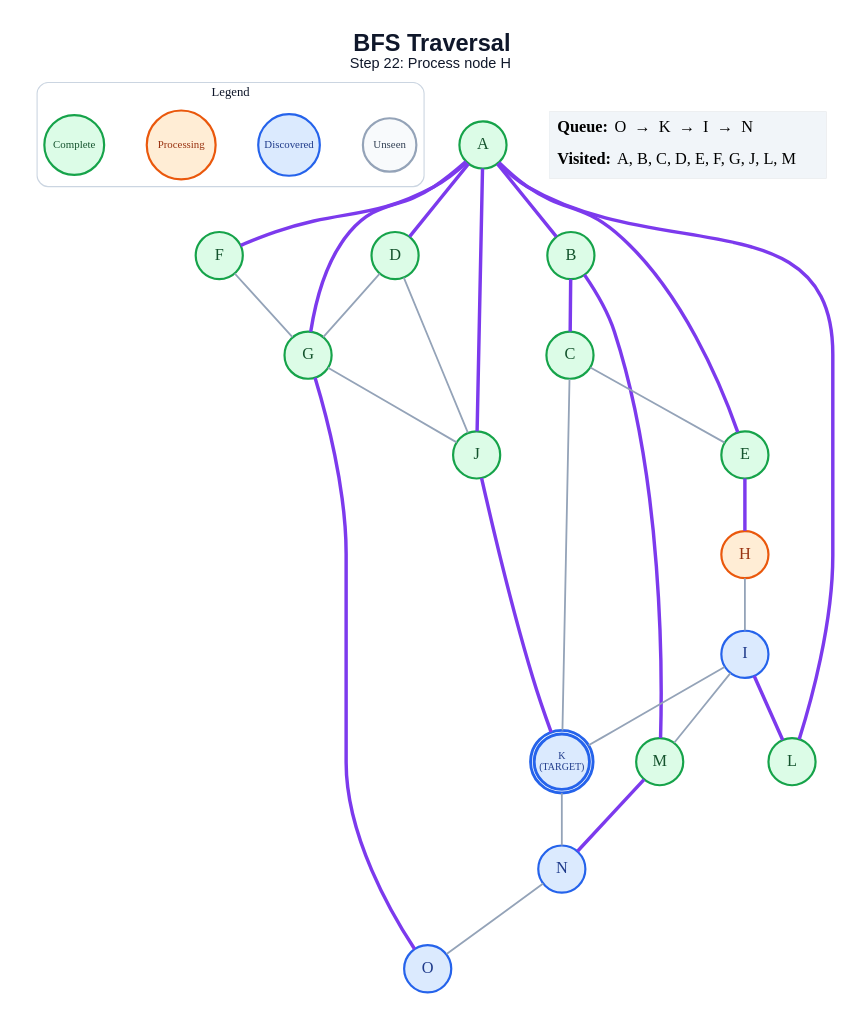
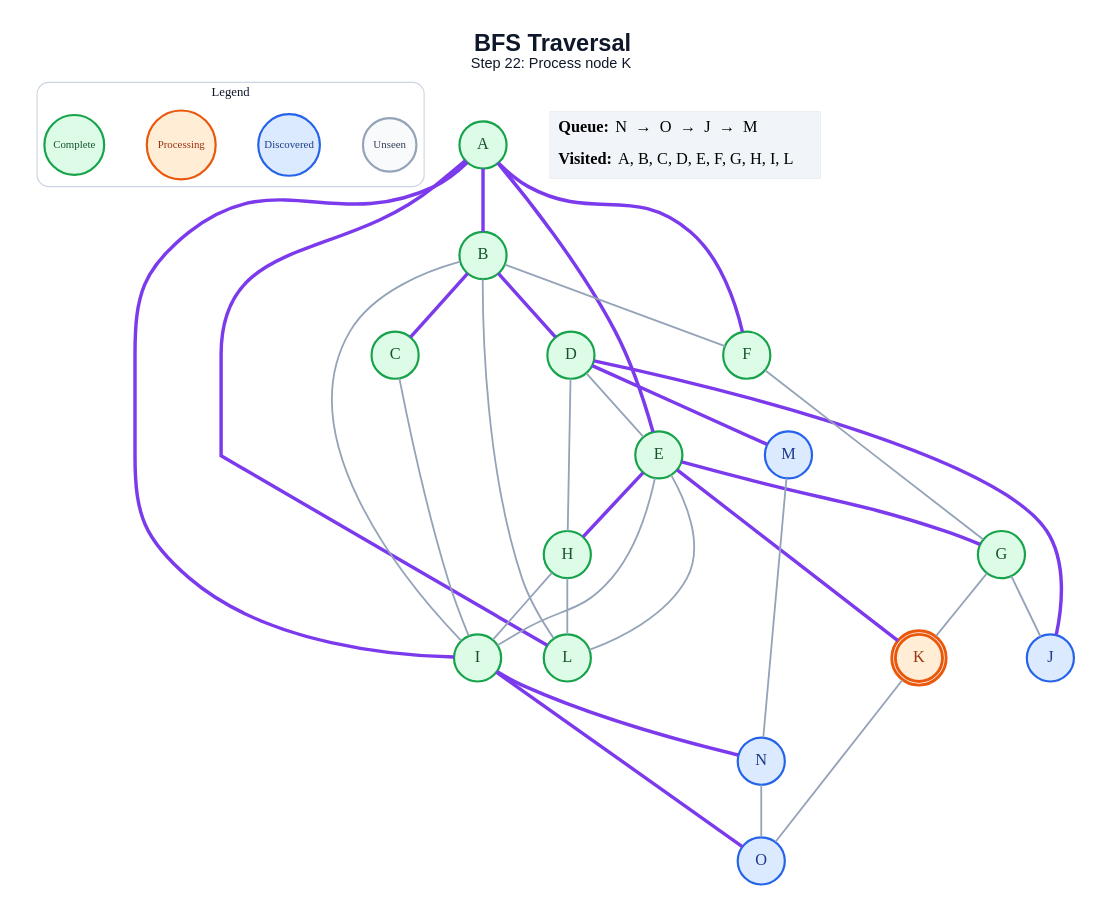
The diagram in generated/specific-node/bfs/step_22.dot (anon7238593-create/ai-slop), drawn with Graphviz before and after one commit. The commit also changed 263 other files, not shown here.

```diff
--- a/generated/specific-node/bfs/step_22.dot
+++ b/generated/specific-node/bfs/step_22.dot
@@ -1,59 +1,64 @@
 graph traversal {
   graph [layout=dot, rankdir=TB, bgcolor="#FFFFFF", pad="0.35", nodesep="0.65", ranksep="0.8", fontname="Arial"];
   node [shape=circle, style="filled", fontname="Arial Bold", fontsize=18, width=0.72, fixedsize=true, penwidth=2.4];
   edge [color="#94A3B8", penwidth=2.0];
-  label=<<B>BFS Traversal</B><BR/><FONT POINT-SIZE="16">Step 22: Process node H</FONT>>; labelloc="t"; fontsize=26; fontname="Arial"; fontcolor="#0F172A";
+  label=<<B>BFS Traversal</B><BR/><FONT POINT-SIZE="16">Step 22: Process node K</FONT>>; labelloc="t"; fontsize=26; fontname="Arial"; fontcolor="#0F172A";
   subgraph cluster_legend { label="Legend"; color="#CBD5E1"; penwidth=1.2; style="rounded"; fontsize=14; fontname="Arial Bold";
     key_unseen [label="Unseen", fillcolor="#F8FAFC", color="#94A3B8", fontcolor="#334155", fontsize=12, width=0.82];
     key_frontier [label="Discovered", fillcolor="#DBEAFE", color="#2563EB", fontcolor="#1E3A8A", fontsize=12, width=0.95];
     key_current [label="Processing", fillcolor="#FFEDD5", color="#EA580C", fontcolor="#9A3412", fontsize=12, width=1.05];
     key_done [label="Complete", fillcolor="#DCFCE7", color="#16A34A", fontcolor="#14532D", fontsize=12, width=0.92];
     { rank=same; key_unseen; key_frontier; key_current; key_done; }
   }
   A [label="A", fillcolor="#DCFCE7", color="#16A34A", fontcolor="#14532D", peripheries=1, penwidth=2.4];
   B [label="B", fillcolor="#DCFCE7", color="#16A34A", fontcolor="#14532D", peripheries=1, penwidth=2.4];
   C [label="C", fillcolor="#DCFCE7", color="#16A34A", fontcolor="#14532D", peripheries=1, penwidth=2.4];
   D [label="D", fillcolor="#DCFCE7", color="#16A34A", fontcolor="#14532D", peripheries=1, penwidth=2.4];
   E [label="E", fillcolor="#DCFCE7", color="#16A34A", fontcolor="#14532D", peripheries=1, penwidth=2.4];
   F [label="F", fillcolor="#DCFCE7", color="#16A34A", fontcolor="#14532D", peripheries=1, penwidth=2.4];
   G [label="G", fillcolor="#DCFCE7", color="#16A34A", fontcolor="#14532D", peripheries=1, penwidth=2.4];
-  H [label="H", fillcolor="#FFEDD5", color="#EA580C", fontcolor="#9A3412", peripheries=1, penwidth=2.4];
-  I [label="I", fillcolor="#DBEAFE", color="#2563EB", fontcolor="#1E3A8A", peripheries=1, penwidth=2.4];
-  J [label="J", fillcolor="#DCFCE7", color="#16A34A", fontcolor="#14532D", peripheries=1, penwidth=2.4];
-  K [label="K\n(TARGET)", fillcolor="#DBEAFE", color="#2563EB", fontcolor="#1E3A8A", peripheries=2, penwidth=3.2, fontsize=11, width=0.85, height=0.85];
+  H [label="H", fillcolor="#DCFCE7", color="#16A34A", fontcolor="#14532D", peripheries=1, penwidth=2.4];
+  I [label="I", fillcolor="#DCFCE7", color="#16A34A", fontcolor="#14532D", peripheries=1, penwidth=2.4];
+  J [label="J", fillcolor="#DBEAFE", color="#2563EB", fontcolor="#1E3A8A", peripheries=1, penwidth=2.4];
+  K [label="K", fillcolor="#FFEDD5", color="#EA580C", fontcolor="#9A3412", peripheries=2, penwidth=3.2];
   L [label="L", fillcolor="#DCFCE7", color="#16A34A", fontcolor="#14532D", peripheries=1, penwidth=2.4];
-  M [label="M", fillcolor="#DCFCE7", color="#16A34A", fontcolor="#14532D", peripheries=1, penwidth=2.4];
+  M [label="M", fillcolor="#DBEAFE", color="#2563EB", fontcolor="#1E3A8A", peripheries=1, penwidth=2.4];
   N [label="N", fillcolor="#DBEAFE", color="#2563EB", fontcolor="#1E3A8A", peripheries=1, penwidth=2.4];
   O [label="O", fillcolor="#DBEAFE", color="#2563EB", fontcolor="#1E3A8A", peripheries=1, penwidth=2.4];
   A -- B [color="#7C3AED", penwidth=3.8];
-  A -- D [color="#7C3AED", penwidth=3.8];
   A -- E [color="#7C3AED", penwidth=3.8];
   A -- F [color="#7C3AED", penwidth=3.8];
-  A -- G [color="#7C3AED", penwidth=3.8];
-  A -- J [color="#7C3AED", penwidth=3.8];
+  A -- I [color="#7C3AED", penwidth=3.8];
   A -- L [color="#7C3AED", penwidth=3.8];
   B -- C [color="#7C3AED", penwidth=3.8];
-  B -- M [color="#7C3AED", penwidth=3.8];
-  C -- E;
-  C -- K;
-  D -- G;
-  D -- J;
+  B -- D [color="#7C3AED", penwidth=3.8];
+  B -- F;
+  B -- I;
+  B -- L;
+  C -- I;
+  D -- E;
+  D -- H;
+  D -- J [color="#7C3AED", penwidth=3.8];
+  D -- M [color="#7C3AED", penwidth=3.8];
+  E -- G [color="#7C3AED", penwidth=3.8];
   E -- H [color="#7C3AED", penwidth=3.8];
+  E -- I;
+  E -- K [color="#7C3AED", penwidth=3.8];
+  E -- L;
   F -- G;
   G -- J;
-  G -- O [color="#7C3AED", penwidth=3.8];
+  G -- K;
   H -- I;
-  I -- K;
-  I -- L [color="#7C3AED", penwidth=3.8];
-  I -- M;
-  J -- K [color="#7C3AED", penwidth=3.8];
-  K -- N;
-  M -- N [color="#7C3AED", penwidth=3.8];
+  H -- L;
+  I -- N [color="#7C3AED", penwidth=3.8];
+  I -- O [color="#7C3AED", penwidth=3.8];
+  K -- O;
+  M -- N;
   N -- O;
   status [shape=plain, fixedsize=false, width=0, height=0, margin=0, label=<
     <TABLE BORDER="0" CELLBORDER="0" CELLPADDING="7" BGCOLOR="#F1F5F9">
-      <TR><TD ALIGN="LEFT"><B>Queue:</B> O  →  K  →  I  →  N</TD></TR>
-      <TR><TD ALIGN="LEFT"><B>Visited:</B> A, B, C, D, E, F, G, J, L, M</TD></TR>
+      <TR><TD ALIGN="LEFT"><B>Queue:</B> N  →  O  →  J  →  M</TD></TR>
+      <TR><TD ALIGN="LEFT"><B>Visited:</B> A, B, C, D, E, F, G, H, I, L</TD></TR>
     </TABLE>
   >];
 }
```
